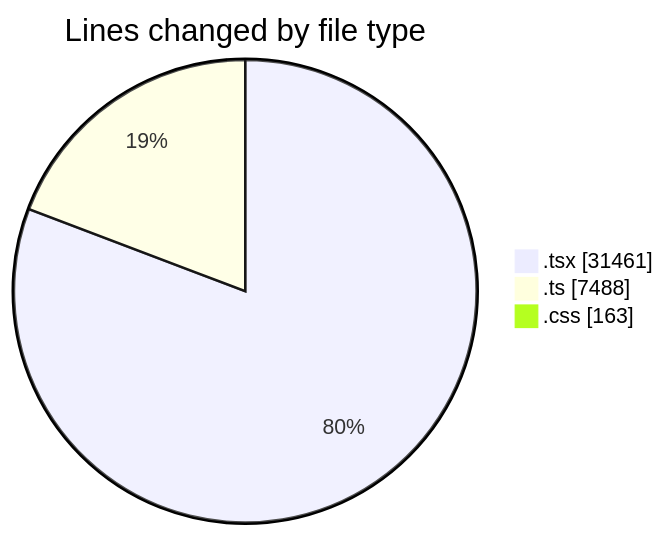
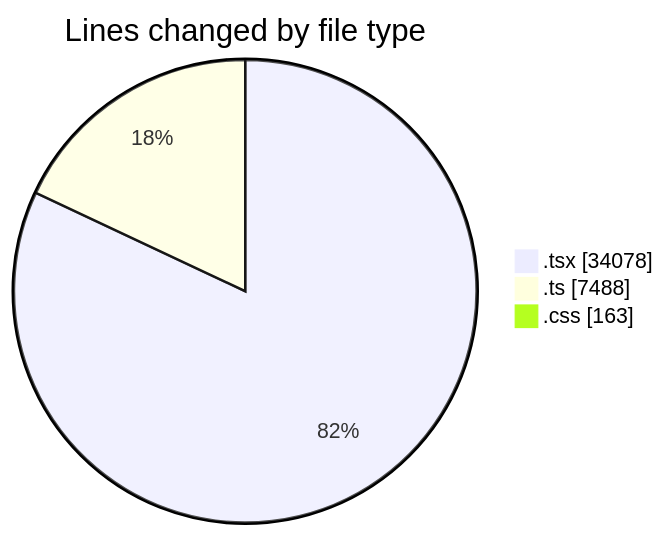
Before and after one commit to nxtqubesakshisongat/code-tracking: the first of 2 diagrams in 2026-08-23/nxtqube_webapp/README.md, drawn with Mermaid. The commit also changed other lines of this file and 1 other file, not shown here.

````diff
--- a/2026-08-23/nxtqube_webapp/README.md
+++ b/2026-08-23/nxtqube_webapp/README.md
@@ -86,7 +91,7 @@
 ```mermaid
 pie showData
 title Lines changed by file type
-".tsx" : 31461
+".tsx" : 34078
 ".ts" : 7488
 ".css" : 163
 ```
````
